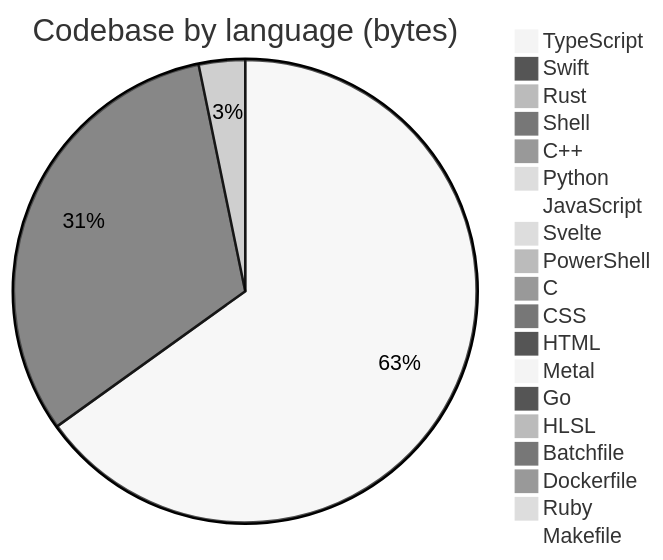
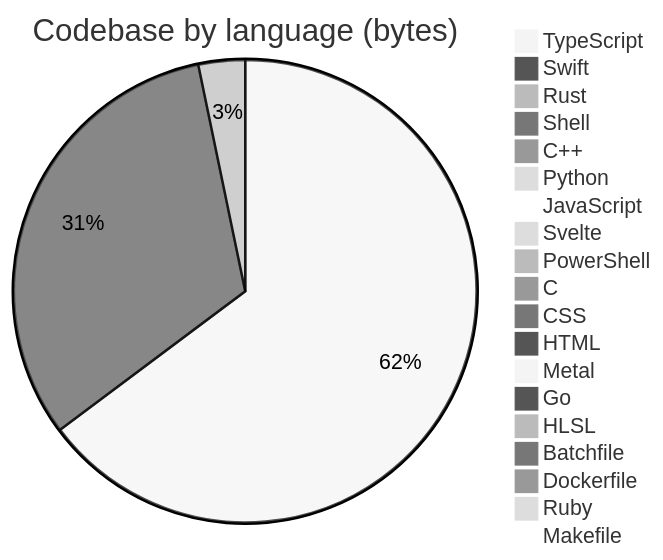
One commit to Open330/.github changed the diagram in profile/README.md. Above: the diagram before and after it, drawn with Mermaid (neutral theme). The commit also changed other lines of this file, not shown here.

````diff
--- a/profile/README.md
+++ b/profile/README.md
@@ -130,22 +130,22 @@
 ```mermaid
 pie title Codebase by language (bytes)
-    "TypeScript" : 34267410
-    "Swift" : 16678263
-    "Rust" : 1701719
+    "TypeScript" : 34297899
+    "Swift" : 16926167
+    "Rust" : 1725108
     "Shell" : 472359
     "C++" : 388775
     "Python" : 297585
-    "JavaScript" : 255937
+    "JavaScript" : 270475
     "Svelte" : 143451
     "PowerShell" : 128198
     "C" : 114143
-    "CSS" : 98170
+    "CSS" : 101811
     "HTML" : 42579
     "Metal" : 33033
     "Go" : 22811
     "HLSL" : 7527
     "Batchfile" : 5870
     "Dockerfile" : 4893
     "Ruby" : 1554
     "Makefile" : 1150
 ```
````
